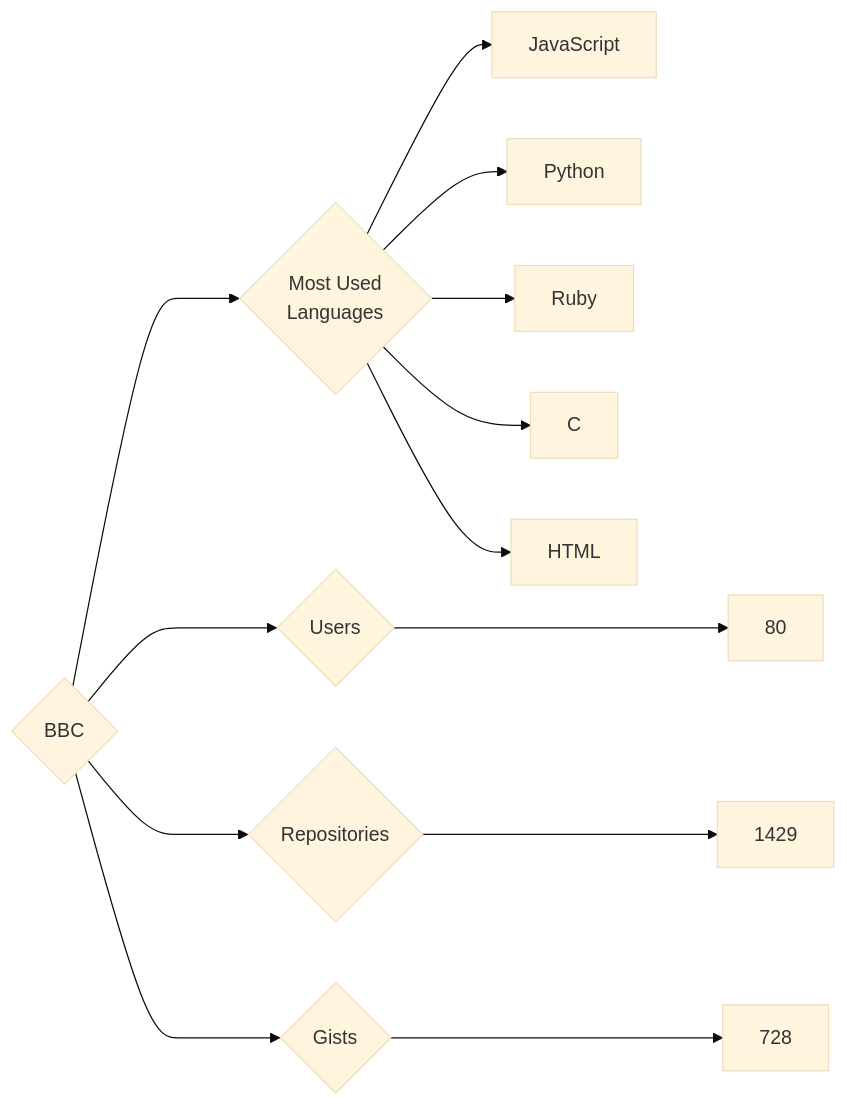
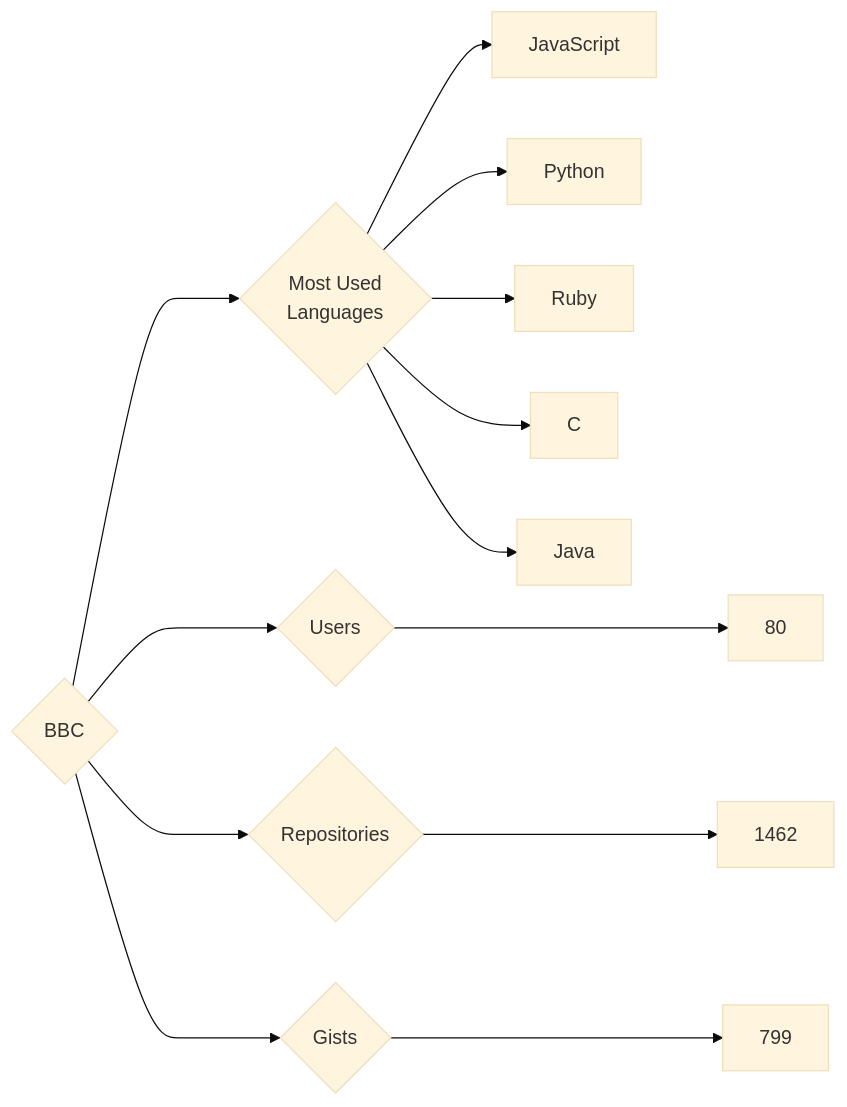
Before and after one commit to trickest/insiders: the diagram in targets/BBC/README.md, drawn with Mermaid (base theme). The commit also changed 891 other files, not shown here.

````diff
--- a/targets/BBC/README.md
+++ b/targets/BBC/README.md
@@ -3,13 +3,13 @@
 ```mermaid
 graph LR
 COMPANY_NAME{BBC}
 COMPANY_NAME ---> U{Users} ---> UN[80]
-COMPANY_NAME ---> R{Repositories} ---> RN[1429]
-COMPANY_NAME ---> G{Gists} ---> GN[728]
+COMPANY_NAME ---> R{Repositories} ---> RN[1462]
+COMPANY_NAME ---> G{Gists} ---> GN[799]
 COMPANY_NAME ---> ML{Most Used<br>Languages}
 ML --> JavaScript[JavaScript]
 ML --> Python[Python]
 ML --> Ruby[Ruby]
 ML --> C[C]
-ML --> HTML[HTML]
+ML --> Java[Java]
 ```
````
